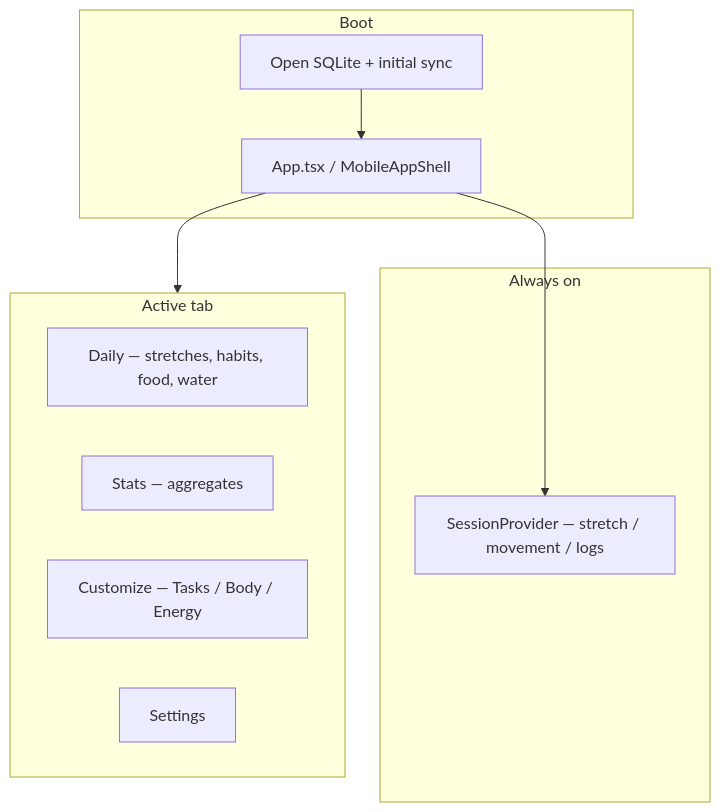
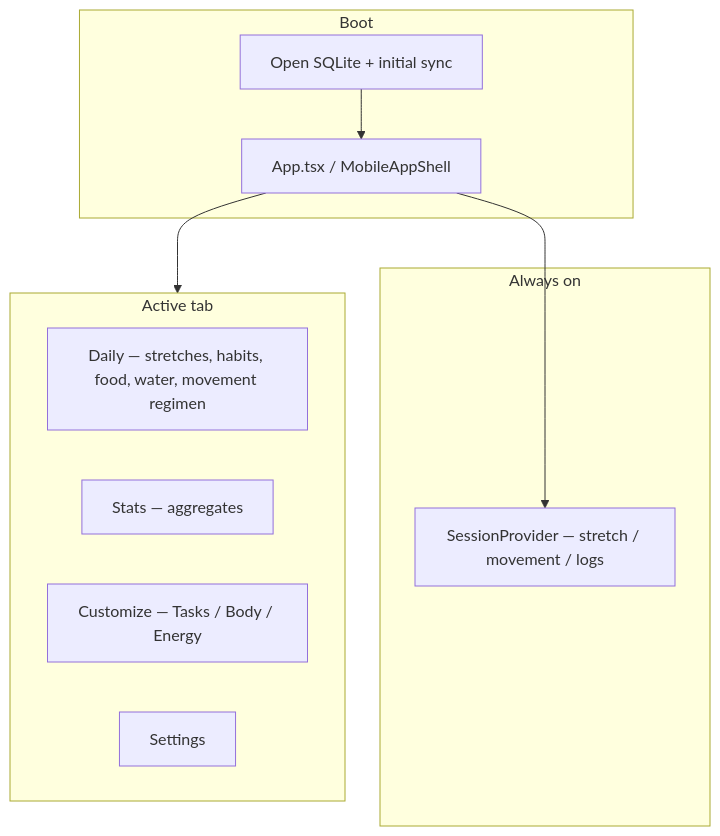
The second of 4 diagrams in scaffold/CODEMAP-HUMAN.md (jdserenity/management), drawn with Mermaid before and after one commit. The commit also changed 5 other files, not shown here.

Commit message:
Wire the preset movement regimen into the daily UI

````diff
--- a/scaffold/CODEMAP-HUMAN.md
+++ b/scaffold/CODEMAP-HUMAN.md
@@ -33,19 +33,19 @@
 ```mermaid
 flowchart TB
   subgraph boot["Boot"]
     DB["Open SQLite + initial sync"]
     App["App.tsx / MobileAppShell"]
   end
   subgraph providers["Always on"]
     SP["SessionProvider — stretch / movement / logs"]
   end
   subgraph tabs["Active tab"]
-    Daily["Daily — stretches, habits, food, water"]
+    Daily["Daily — stretches, habits, food, water, movement regimen"]
     Stats["Stats — aggregates"]
     Customize["Customize — Tasks / Body / Energy"]
     Settings["Settings"]
   end
   DB --> App
   App --> SP
   App --> tabs
 ```
````
